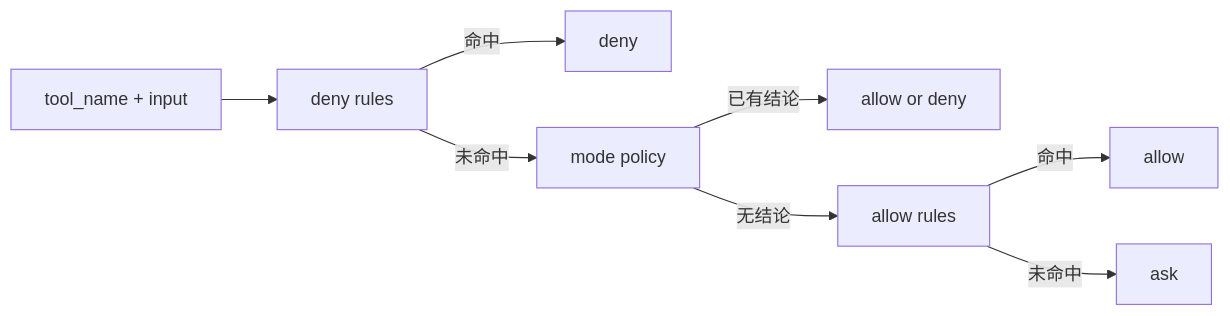
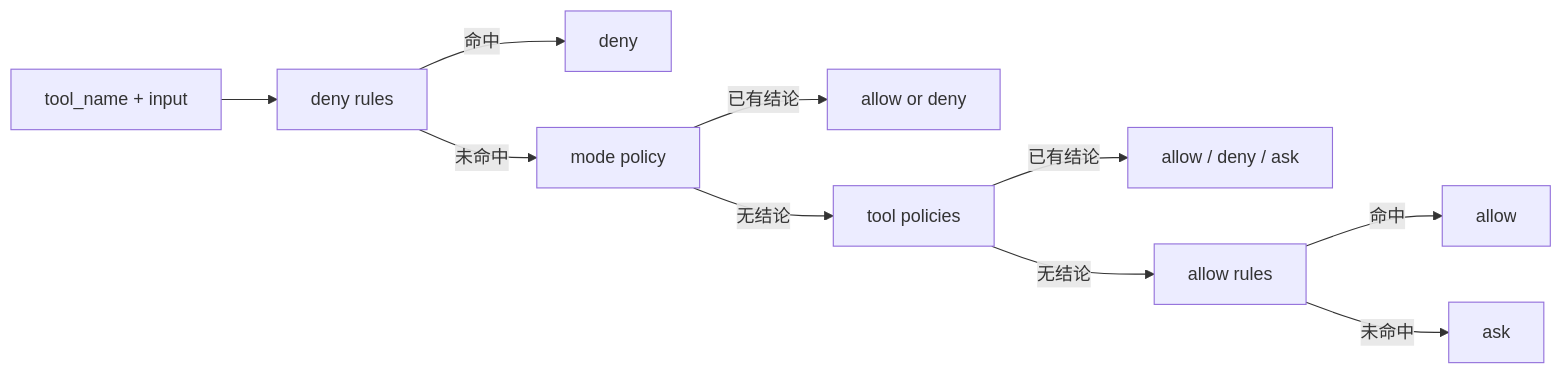
Before and after one commit to RicardosRoss/ts-learn-claude-code: the second of 3 diagrams in docs/feat/s07-permissions-development.md, drawn with Mermaid. The commit also changed other lines of this file and 10 other files, not shown here.

````diff
--- a/docs/feat/s07-permissions-development.md
+++ b/docs/feat/s07-permissions-development.md
@@ -71,10 +71,12 @@
 ```mermaid
 flowchart LR
     A[tool_name + input] --> B[deny rules]
     B -->|命中| C[deny]
     B -->|未命中| D[mode policy]
     D -->|已有结论| E[allow or deny]
-    D -->|无结论| F[allow rules]
-    F -->|命中| G[allow]
-    F -->|未命中| H[ask]
+    D -->|无结论| F[tool policies]
+    F -->|已有结论| G[allow / deny / ask]
+    F -->|无结论| H[allow rules]
+    H -->|命中| I[allow]
+    H -->|未命中| J[ask]
 ```
````
